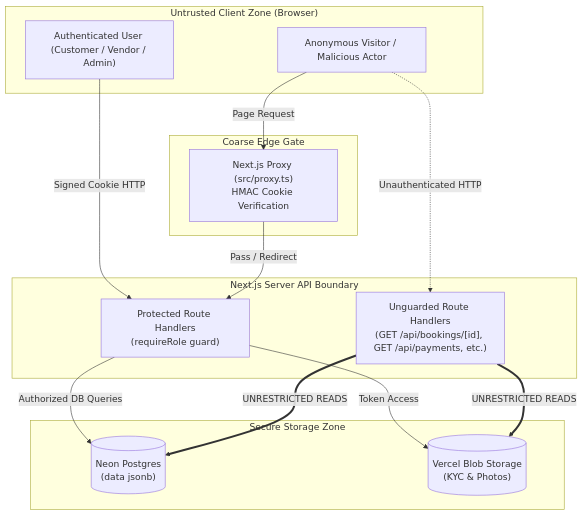
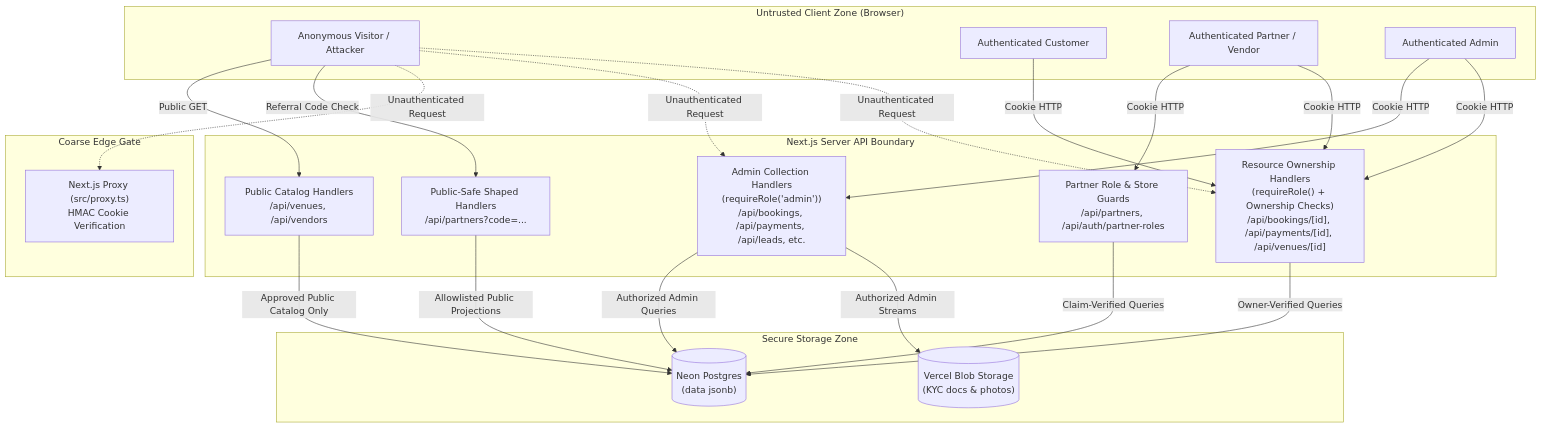
One commit to Sony17/Bhojpatra changed the diagram in SECURITY-ARCHITECTURE.md. Above: the diagram before and after it, drawn with Mermaid. The commit also changed other lines of this file and 4 other files, not shown here.

First line of the commit message:
docs: synchronize architecture after security batches 1 and 2

````diff
--- a/SECURITY-ARCHITECTURE.md
+++ b/SECURITY-ARCHITECTURE.md
@@ -67,32 +79,45 @@
 ```mermaid
 flowchart TD
     subgraph UntrustedZone["Untrusted Client Zone (Browser)"]
-        BrowserUser["Anonymous Visitor / Malicious Actor"]
-        AuthUser["Authenticated User (Customer / Vendor / Admin)"]
+        AnonUser["Anonymous Visitor / Attacker"]
+        AuthCust["Authenticated Customer"]
+        AuthPartner["Authenticated Partner / Vendor"]
+        AuthAdmin["Authenticated Admin"]
     end
 
     subgraph EdgeGate["Coarse Edge Gate"]
         Proxy["Next.js Proxy (src/proxy.ts)\nHMAC Cookie Verification"]
     end
 
     subgraph ServerZone["Next.js Server API Boundary"]
-        GuardedRoutes["Protected Route Handlers\n(requireRole guard)"]
-        UnguardedRoutes["Unguarded Route Handlers\n(GET /api/bookings/[id], GET /api/payments, etc.)"]
+        AdminGuards["Admin Collection Handlers\n(requireRole('admin'))\n/api/bookings, /api/payments, /api/leads, etc."]
+        OwnershipGuards["Resource Ownership Handlers\n(requireRole() + Ownership Checks)\n/api/bookings/[id], /api/payments/[id], /api/venues/[id]"]
+        PartnerGuards["Partner Role & Store Guards\n/api/partners, /api/auth/partner-roles"]
+        ShapedPublic["Public-Safe Shaped Handlers\n/api/partners?code=..."]
+        PublicCatalog["Public Catalog Handlers\n/api/venues, /api/vendors"]
     end
 
     subgraph DataZone["Secure Storage Zone"]
         NeonDB[("Neon Postgres\n(data jsonb)")]
-        VercelBlob[("Vercel Blob Storage\n(KYC & Photos)")]
+        VercelBlob[("Vercel Blob Storage\n(KYC docs & photos)")]
     end
 
-    BrowserUser -.->|Unauthenticated HTTP| UnguardedRoutes
-    BrowserUser -->|Page Request| Proxy
-    AuthUser -->|Signed Cookie HTTP| GuardedRoutes
+    AnonUser -->|Public GET| PublicCatalog
+    AnonUser -->|Referral Code Check| ShapedPublic
+    AnonUser -.->|Unauthenticated Request| Proxy
+    AnonUser -.->|Unauthenticated Request| AdminGuards
+    AnonUser -.->|Unauthenticated Request| OwnershipGuards
 
-    Proxy -->|Pass / Redirect| GuardedRoutes
-    GuardedRoutes -->|Authorized DB Queries| NeonDB
-    GuardedRoutes -->|Token Access| VercelBlob
+    AuthCust -->|Cookie HTTP| OwnershipGuards
+    AuthPartner -->|Cookie HTTP| PartnerGuards
+    AuthPartner -->|Cookie HTTP| OwnershipGuards
+    AuthAdmin -->|Cookie HTTP| AdminGuards
+    AuthAdmin -->|Cookie HTTP| OwnershipGuards
 
-    UnguardedRoutes ==>|UNRESTRICTED READS| NeonDB
-    UnguardedRoutes ==>|UNRESTRICTED READS| VercelBlob
+    AdminGuards -->|Authorized Admin Queries| NeonDB
+    AdminGuards -->|Authorized Admin Streams| VercelBlob
+    OwnershipGuards -->|Owner-Verified Queries| NeonDB
+    PartnerGuards -->|Claim-Verified Queries| NeonDB
+    ShapedPublic -->|Allowlisted Public Projections| NeonDB
+    PublicCatalog -->|Approved Public Catalog Only| NeonDB
 ```
````
